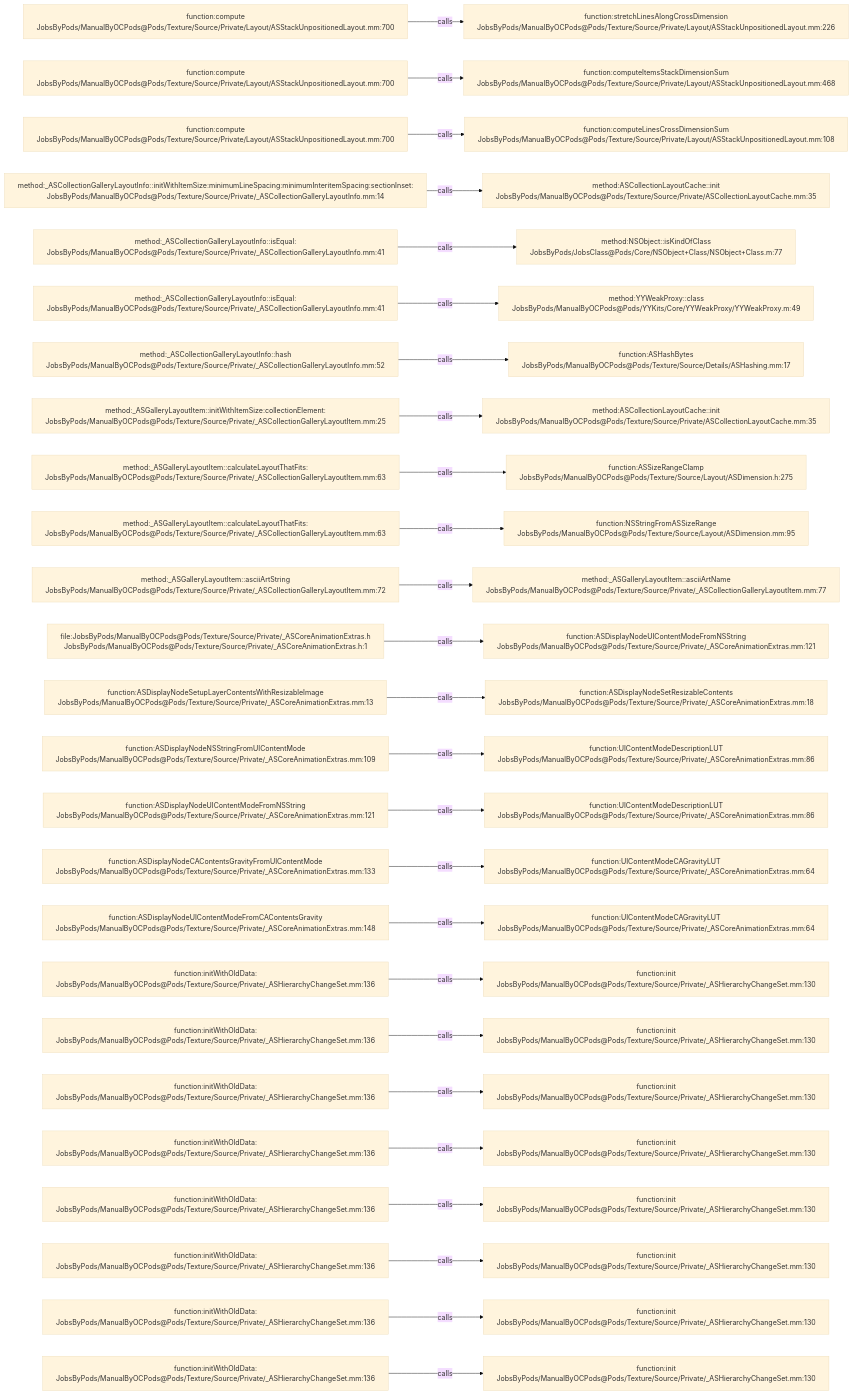
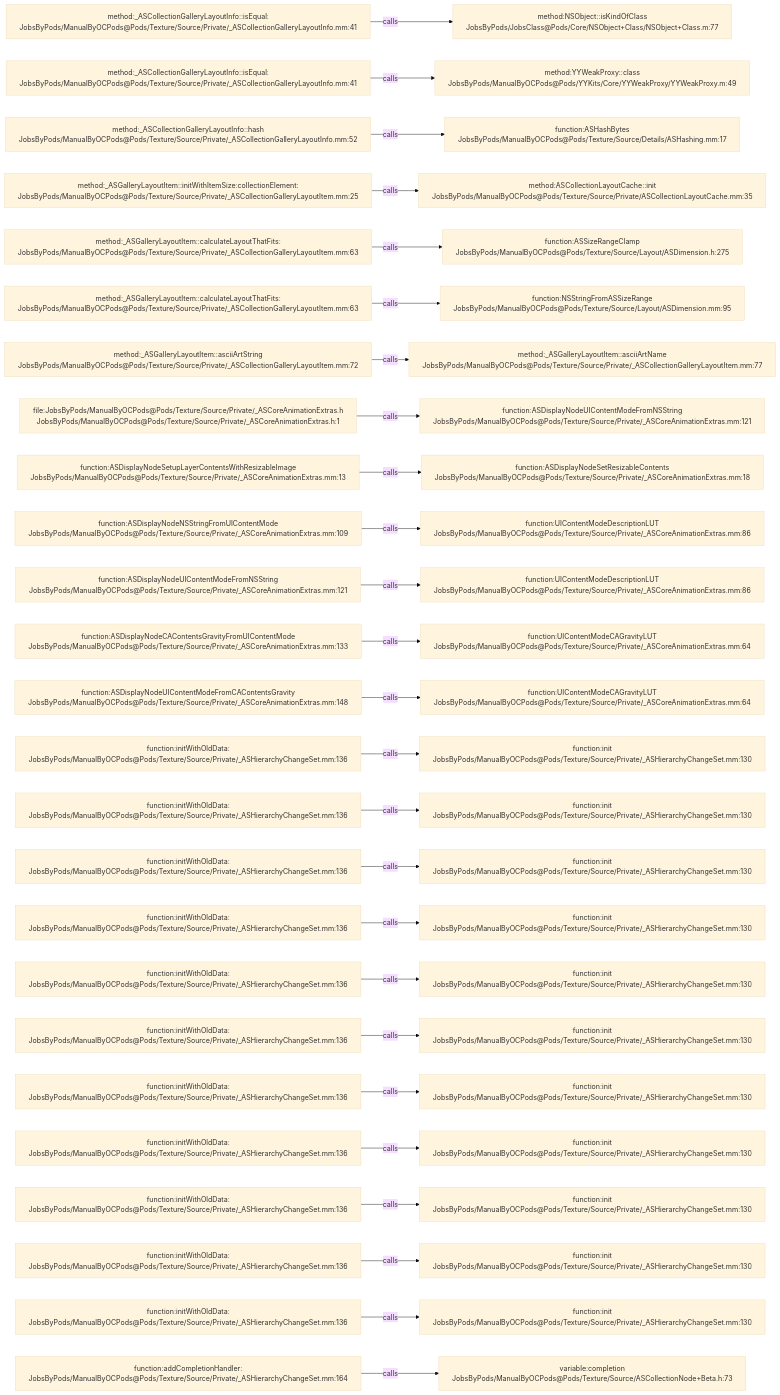
One commit to JobsKits/JobsOCBaseConfigDemo changed the diagram in .codegraph/codegraph.md/graphs/calls-195.md. Above: the diagram before and after it, drawn with Mermaid (base theme). The commit also changed 727 other files, not shown here.

````diff
--- a/.codegraph/codegraph.md/graphs/calls-195.md
+++ b/.codegraph/codegraph.md/graphs/calls-195.md
@@ -13,78 +13,78 @@
 ```mermaid
 flowchart LR
-  S1["function:compute<br/>JobsByPods/ManualByOCPods@Pods/Texture/Source/Private/Layout/ASStackUnpositionedLayout.mm:700"]
-  T1["function:stretchLinesAlongCrossDimension<br/>JobsByPods/ManualByOCPods@Pods/Texture/Source/Private/Layout/ASStackUnpositionedLayout.mm:226"]
+  S1["method:_ASCollectionGalleryLayoutInfo::isEqual:<br/>JobsByPods/ManualByOCPods@Pods/Texture/Source/Private/_ASCollectionGalleryLayoutInfo.mm:41"]
+  T1["method:NSObject::isKindOfClass<br/>JobsByPods/JobsClass@Pods/Core/NSObject+Class/NSObject+Class.m:77"]
   S1 -->|calls| T1
-  S2["function:compute<br/>JobsByPods/ManualByOCPods@Pods/Texture/Source/Private/Layout/ASStackUnpositionedLayout.mm:700"]
-  T2["function:computeItemsStackDimensionSum<br/>JobsByPods/ManualByOCPods@Pods/Texture/Source/Private/Layout/ASStackUnpositionedLayout.mm:468"]
+  S2["method:_ASCollectionGalleryLayoutInfo::isEqual:<br/>JobsByPods/ManualByOCPods@Pods/Texture/Source/Private/_ASCollectionGalleryLayoutInfo.mm:41"]
+  T2["method:YYWeakProxy::class<br/>JobsByPods/ManualByOCPods@Pods/YYKits/Core/YYWeakProxy/YYWeakProxy.m:49"]
   S2 -->|calls| T2
-  S3["function:compute<br/>JobsByPods/ManualByOCPods@Pods/Texture/Source/Private/Layout/ASStackUnpositionedLayout.mm:700"]
-  T3["function:computeLinesCrossDimensionSum<br/>JobsByPods/ManualByOCPods@Pods/Texture/Source/Private/Layout/ASStackUnpositionedLayout.mm:108"]
+  S3["method:_ASCollectionGalleryLayoutInfo::hash<br/>JobsByPods/ManualByOCPods@Pods/Texture/Source/Private/_ASCollectionGalleryLayoutInfo.mm:52"]
+  T3["function:ASHashBytes<br/>JobsByPods/ManualByOCPods@Pods/Texture/Source/Details/ASHashing.mm:17"]
   S3 -->|calls| T3
-  S4["method:_ASCollectionGalleryLayoutInfo::initWithItemSize:minimumLineSpacing:minimumInteritemSpacing:sectionInset:<br/>JobsByPods/ManualByOCPods@Pods/Texture/Source/Private/_ASCollectionGalleryLayoutInfo.mm:14"]
+  S4["method:_ASGalleryLayoutItem::initWithItemSize:collectionElement:<br/>JobsByPods/ManualByOCPods@Pods/Texture/Source/Private/_ASCollectionGalleryLayoutItem.mm:25"]
   T4["method:ASCollectionLayoutCache::init<br/>JobsByPods/ManualByOCPods@Pods/Texture/Source/Private/ASCollectionLayoutCache.mm:35"]
   S4 -->|calls| T4
-  S5["method:_ASCollectionGalleryLayoutInfo::isEqual:<br/>JobsByPods/ManualByOCPods@Pods/Texture/Source/Private/_ASCollectionGalleryLayoutInfo.mm:41"]
-  T5["method:NSObject::isKindOfClass<br/>JobsByPods/JobsClass@Pods/Core/NSObject+Class/NSObject+Class.m:77"]
+  S5["method:_ASGalleryLayoutItem::calculateLayoutThatFits:<br/>JobsByPods/ManualByOCPods@Pods/Texture/Source/Private/_ASCollectionGalleryLayoutItem.mm:63"]
+  T5["function:ASSizeRangeClamp<br/>JobsByPods/ManualByOCPods@Pods/Texture/Source/Layout/ASDimension.h:275"]
   S5 -->|calls| T5
-  S6["method:_ASCollectionGalleryLayoutInfo::isEqual:<br/>JobsByPods/ManualByOCPods@Pods/Texture/Source/Private/_ASCollectionGalleryLayoutInfo.mm:41"]
-  T6["method:YYWeakProxy::class<br/>JobsByPods/ManualByOCPods@Pods/YYKits/Core/YYWeakProxy/YYWeakProxy.m:49"]
+  S6["method:_ASGalleryLayoutItem::calculateLayoutThatFits:<br/>JobsByPods/ManualByOCPods@Pods/Texture/Source/Private/_ASCollectionGalleryLayoutItem.mm:63"]
+  T6["function:NSStringFromASSizeRange<br/>JobsByPods/ManualByOCPods@Pods/Texture/Source/Layout/ASDimension.mm:95"]
   S6 -->|calls| T6
-  S7["method:_ASCollectionGalleryLayoutInfo::hash<br/>JobsByPods/ManualByOCPods@Pods/Texture/Source/Private/_ASCollectionGalleryLayoutInfo.mm:52"]
-  T7["function:ASHashBytes<br/>JobsByPods/ManualByOCPods@Pods/Texture/Source/Details/ASHashing.mm:17"]
+  S7["method:_ASGalleryLayoutItem::asciiArtString<br/>JobsByPods/ManualByOCPods@Pods/Texture/Source/Private/_ASCollectionGalleryLayoutItem.mm:72"]
+  T7["method:_ASGalleryLayoutItem::asciiArtName<br/>JobsByPods/ManualByOCPods@Pods/Texture/Source/Private/_ASCollectionGalleryLayoutItem.mm:77"]
   S7 -->|calls| T7
-  S8["method:_ASGalleryLayoutItem::initWithItemSize:collectionElement:<br/>JobsByPods/ManualByOCPods@Pods/Texture/Source/Private/_ASCollectionGalleryLayoutItem.mm:25"]
-  T8["method:ASCollectionLayoutCache::init<br/>JobsByPods/ManualByOCPods@Pods/Texture/Source/Private/ASCollectionLayoutCache.mm:35"]
+  S8["file:JobsByPods/ManualByOCPods@Pods/Texture/Source/Private/_ASCoreAnimationExtras.h<br/>JobsByPods/ManualByOCPods@Pods/Texture/Source/Private/_ASCoreAnimationExtras.h:1"]
+  T8["function:ASDisplayNodeUIContentModeFromNSString<br/>JobsByPods/ManualByOCPods@Pods/Texture/Source/Private/_ASCoreAnimationExtras.mm:121"]
   S8 -->|calls| T8
-  S9["method:_ASGalleryLayoutItem::calculateLayoutThatFits:<br/>JobsByPods/ManualByOCPods@Pods/Texture/Source/Private/_ASCollectionGalleryLayoutItem.mm:63"]
-  T9["function:ASSizeRangeClamp<br/>JobsByPods/ManualByOCPods@Pods/Texture/Source/Layout/ASDimension.h:275"]
+  S9["function:ASDisplayNodeSetupLayerContentsWithResizableImage<br/>JobsByPods/ManualByOCPods@Pods/Texture/Source/Private/_ASCoreAnimationExtras.mm:13"]
+  T9["function:ASDisplayNodeSetResizableContents<br/>JobsByPods/ManualByOCPods@Pods/Texture/Source/Private/_ASCoreAnimationExtras.mm:18"]
   S9 -->|calls| T9
-  S10["method:_ASGalleryLayoutItem::calculateLayoutThatFits:<br/>JobsByPods/ManualByOCPods@Pods/Texture/Source/Private/_ASCollectionGalleryLayoutItem.mm:63"]
-  T10["function:NSStringFromASSizeRange<br/>JobsByPods/ManualByOCPods@Pods/Texture/Source/Layout/ASDimension.mm:95"]
+  S10["function:ASDisplayNodeNSStringFromUIContentMode<br/>JobsByPods/ManualByOCPods@Pods/Texture/Source/Private/_ASCoreAnimationExtras.mm:109"]
+  T10["function:UIContentModeDescriptionLUT<br/>JobsByPods/ManualByOCPods@Pods/Texture/Source/Private/_ASCoreAnimationExtras.mm:86"]
   S10 -->|calls| T10
-  S11["method:_ASGalleryLayoutItem::asciiArtString<br/>JobsByPods/ManualByOCPods@Pods/Texture/Source/Private/_ASCollectionGalleryLayoutItem.mm:72"]
-  T11["method:_ASGalleryLayoutItem::asciiArtName<br/>JobsByPods/ManualByOCPods@Pods/Texture/Source/Private/_ASCollectionGalleryLayoutItem.mm:77"]
+  S11["function:ASDisplayNodeUIContentModeFromNSString<br/>JobsByPods/ManualByOCPods@Pods/Texture/Source/Private/_ASCoreAnimationExtras.mm:121"]
+  T11["function:UIContentModeDescriptionLUT<br/>JobsByPods/ManualByOCPods@Pods/Texture/Source/Private/_ASCoreAnimationExtras.mm:86"]
   S11 -->|calls| T11
-  S12["file:JobsByPods/ManualByOCPods@Pods/Texture/Source/Private/_ASCoreAnimationExtras.h<br/>JobsByPods/ManualByOCPods@Pods/Texture/Source/Private/_ASCoreAnimationExtras.h:1"]
-  T12["function:ASDisplayNodeUIContentModeFromNSString<br/>JobsByPods/ManualByOCPods@Pods/Texture/Source/Private/_ASCoreAnimationExtras.mm:121"]
+  S12["function:ASDisplayNodeCAContentsGravityFromUIContentMode<br/>JobsByPods/ManualByOCPods@Pods/Texture/Source/Private/_ASCoreAnimationExtras.mm:133"]
+  T12["function:UIContentModeCAGravityLUT<br/>JobsByPods/ManualByOCPods@Pods/Texture/Source/Private/_ASCoreAnimationExtras.mm:64"]
   S12 -->|calls| T12
-  S13["function:ASDisplayNodeSetupLayerContentsWithResizableImage<br/>JobsByPods/ManualByOCPods@Pods/Texture/Source/Private/_ASCoreAnimationExtras.mm:13"]
-  T13["function:ASDisplayNodeSetResizableContents<br/>JobsByPods/ManualByOCPods@Pods/Texture/Source/Private/_ASCoreAnimationExtras.mm:18"]
+  S13["function:ASDisplayNodeUIContentModeFromCAContentsGravity<br/>JobsByPods/ManualByOCPods@Pods/Texture/Source/Private/_ASCoreAnimationExtras.mm:148"]
+  T13["function:UIContentModeCAGravityLUT<br/>JobsByPods/ManualByOCPods@Pods/Texture/Source/Private/_ASCoreAnimationExtras.mm:64"]
   S13 -->|calls| T13
-  S14["function:ASDisplayNodeNSStringFromUIContentMode<br/>JobsByPods/ManualByOCPods@Pods/Texture/Source/Private/_ASCoreAnimationExtras.mm:109"]
-  T14["function:UIContentModeDescriptionLUT<br/>JobsByPods/ManualByOCPods@Pods/Texture/Source/Private/_ASCoreAnimationExtras.mm:86"]
+  S14["function:initWithOldData:<br/>JobsByPods/ManualByOCPods@Pods/Texture/Source/Private/_ASHierarchyChangeSet.mm:136"]
+  T14["function:init<br/>JobsByPods/ManualByOCPods@Pods/Texture/Source/Private/_ASHierarchyChangeSet.mm:130"]
   S14 -->|calls| T14
-  S15["function:ASDisplayNodeUIContentModeFromNSString<br/>JobsByPods/ManualByOCPods@Pods/Texture/Source/Private/_ASCoreAnimationExtras.mm:121"]
-  T15["function:UIContentModeDescriptionLUT<br/>JobsByPods/ManualByOCPods@Pods/Texture/Source/Private/_ASCoreAnimationExtras.mm:86"]
+  S15["function:initWithOldData:<br/>JobsByPods/ManualByOCPods@Pods/Texture/Source/Private/_ASHierarchyChangeSet.mm:136"]
+  T15["function:init<br/>JobsByPods/ManualByOCPods@Pods/Texture/Source/Private/_ASHierarchyChangeSet.mm:130"]
   S15 -->|calls| T15
-  S16["function:ASDisplayNodeCAContentsGravityFromUIContentMode<br/>JobsByPods/ManualByOCPods@Pods/Texture/Source/Private/_ASCoreAnimationExtras.mm:133"]
-  T16["function:UIContentModeCAGravityLUT<br/>JobsByPods/ManualByOCPods@Pods/Texture/Source/Private/_ASCoreAnimationExtras.mm:64"]
+  S16["function:initWithOldData:<br/>JobsByPods/ManualByOCPods@Pods/Texture/Source/Private/_ASHierarchyChangeSet.mm:136"]
+  T16["function:init<br/>JobsByPods/ManualByOCPods@Pods/Texture/Source/Private/_ASHierarchyChangeSet.mm:130"]
   S16 -->|calls| T16
-  S17["function:ASDisplayNodeUIContentModeFromCAContentsGravity<br/>JobsByPods/ManualByOCPods@Pods/Texture/Source/Private/_ASCoreAnimationExtras.mm:148"]
-  T17["function:UIContentModeCAGravityLUT<br/>JobsByPods/ManualByOCPods@Pods/Texture/Source/Private/_ASCoreAnimationExtras.mm:64"]
+  S17["function:initWithOldData:<br/>JobsByPods/ManualByOCPods@Pods/Texture/Source/Private/_ASHierarchyChangeSet.mm:136"]
+  T17["function:init<br/>JobsByPods/ManualByOCPods@Pods/Texture/Source/Private/_ASHierarchyChangeSet.mm:130"]
   S17 -->|calls| T17
   S18["function:initWithOldData:<br/>JobsByPods/ManualByOCPods@Pods/Texture/Source/Private/_ASHierarchyChangeSet.mm:136"]
   T18["function:init<br/>JobsByPods/ManualByOCPods@Pods/Texture/Source/Private/_ASHierarchyChangeSet.mm:130"]
   S18 -->|calls| T18
   S19["function:initWithOldData:<br/>JobsByPods/ManualByOCPods@Pods/Texture/Source/Private/_ASHierarchyChangeSet.mm:136"]
   T19["function:init<br/>JobsByPods/ManualByOCPods@Pods/Texture/Source/Private/_ASHierarchyChangeSet.mm:130"]
   S19 -->|calls| T19
   S20["function:initWithOldData:<br/>JobsByPods/ManualByOCPods@Pods/Texture/Source/Private/_ASHierarchyChangeSet.mm:136"]
   T20["function:init<br/>JobsByPods/ManualByOCPods@Pods/Texture/Source/Private/_ASHierarchyChangeSet.mm:130"]
   S20 -->|calls| T20
   S21["function:initWithOldData:<br/>JobsByPods/ManualByOCPods@Pods/Texture/Source/Private/_ASHierarchyChangeSet.mm:136"]
   T21["function:init<br/>JobsByPods/ManualByOCPods@Pods/Texture/Source/Private/_ASHierarchyChangeSet.mm:130"]
   S21 -->|calls| T21
   S22["function:initWithOldData:<br/>JobsByPods/ManualByOCPods@Pods/Texture/Source/Private/_ASHierarchyChangeSet.mm:136"]
   T22["function:init<br/>JobsByPods/ManualByOCPods@Pods/Texture/Source/Private/_ASHierarchyChangeSet.mm:130"]
   S22 -->|calls| T22
   S23["function:initWithOldData:<br/>JobsByPods/ManualByOCPods@Pods/Texture/Source/Private/_ASHierarchyChangeSet.mm:136"]
   T23["function:init<br/>JobsByPods/ManualByOCPods@Pods/Texture/Source/Private/_ASHierarchyChangeSet.mm:130"]
   S23 -->|calls| T23
   S24["function:initWithOldData:<br/>JobsByPods/ManualByOCPods@Pods/Texture/Source/Private/_ASHierarchyChangeSet.mm:136"]
   T24["function:init<br/>JobsByPods/ManualByOCPods@Pods/Texture/Source/Private/_ASHierarchyChangeSet.mm:130"]
   S24 -->|calls| T24
-  S25["function:initWithOldData:<br/>JobsByPods/ManualByOCPods@Pods/Texture/Source/Private/_ASHierarchyChangeSet.mm:136"]
-  T25["function:init<br/>JobsByPods/ManualByOCPods@Pods/Texture/Source/Private/_ASHierarchyChangeSet.mm:130"]
+  S25["function:addCompletionHandler:<br/>JobsByPods/ManualByOCPods@Pods/Texture/Source/Private/_ASHierarchyChangeSet.mm:164"]
+  T25["variable:completion<br/>JobsByPods/ManualByOCPods@Pods/Texture/Source/ASCollectionNode+Beta.h:73"]
   S25 -->|calls| T25
 ```
````
